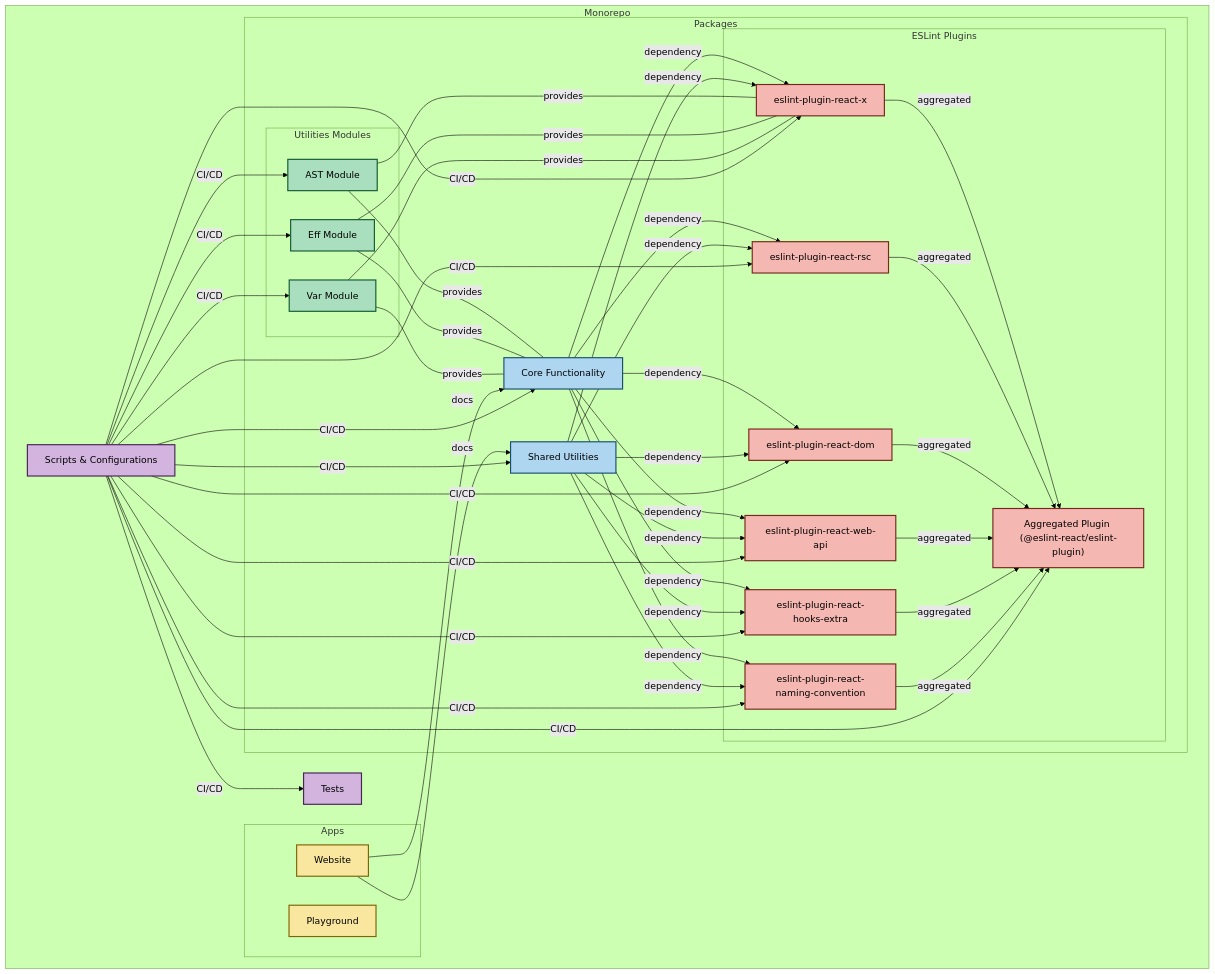
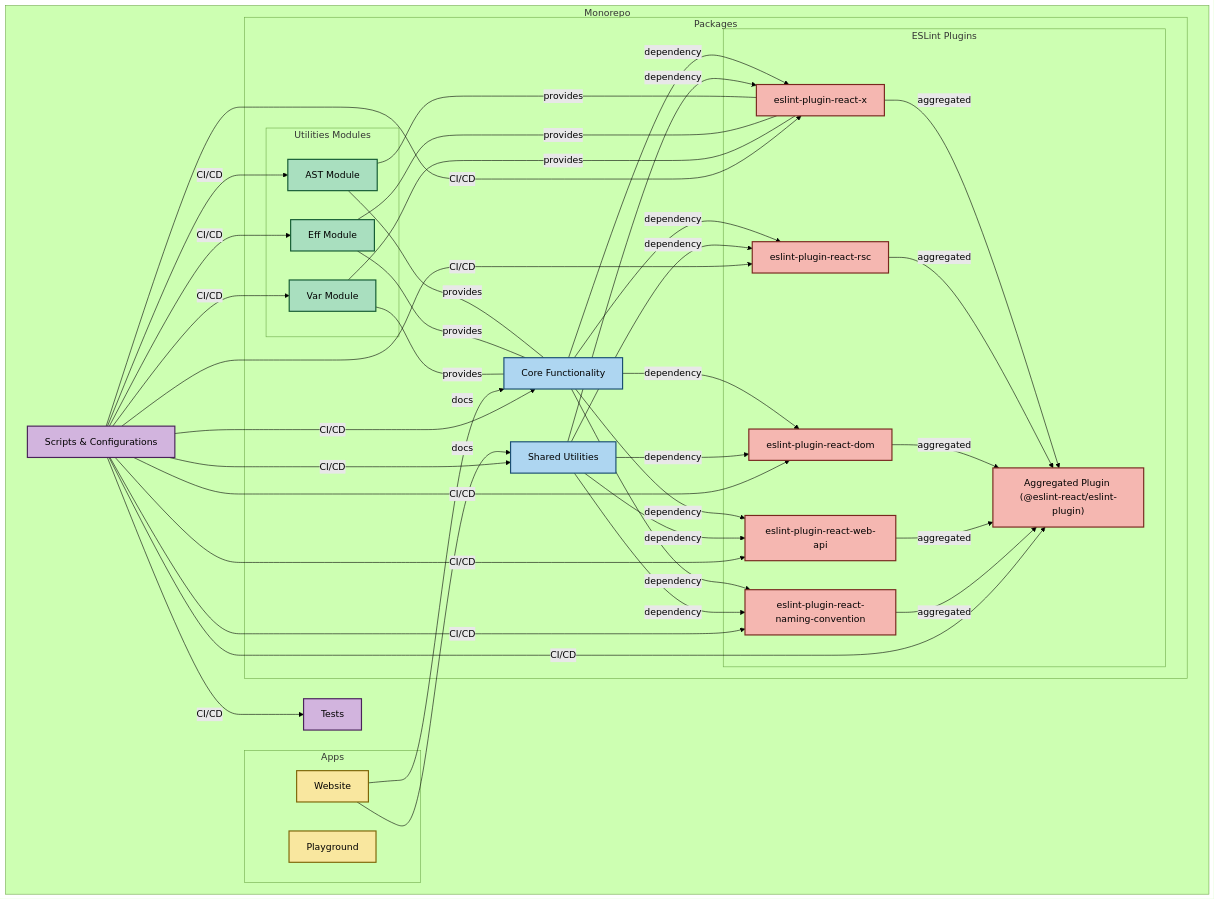
Before and after one commit to Rel1cx/eslint-react: the diagram in apps/website/content/docs/contributing.mdx, drawn with Mermaid (forest theme). The commit also changed other lines of this file and 176 other files, not shown here.

```diff
--- a/apps/website/content/docs/contributing.mdx
+++ b/apps/website/content/docs/contributing.mdx
@@ -38,7 +38,6 @@
                 RSC["eslint-plugin-react-rsc"]:::plugins
                 DOM["eslint-plugin-react-dom"]:::plugins
                 WebAPI["eslint-plugin-react-web-api"]:::plugins
-                HooksExtra["eslint-plugin-react-hooks-extra"]:::plugins
                 NamingConvention["eslint-plugin-react-naming-convention"]:::plugins
                 Aggregated["Aggregated Plugin (@eslint-react/eslint-plugin)"]:::plugins
             end
@@ -57,14 +56,14 @@
     Core -->|"dependency"| RSC
     Core -->|"dependency"| DOM
     Core -->|"dependency"| WebAPI
-    Core -->|"dependency"| HooksExtra
+
     Core -->|"dependency"| NamingConvention
 
     Shared -->|"dependency"| X
     Shared -->|"dependency"| RSC
     Shared -->|"dependency"| DOM
     Shared -->|"dependency"| WebAPI
-    Shared -->|"dependency"| HooksExtra
+
     Shared -->|"dependency"| NamingConvention
 
     %% Utilities used by Core and Plugins
@@ -81,7 +80,7 @@
     RSC -->|"aggregated"| Aggregated
     DOM -->|"aggregated"| Aggregated
     WebAPI -->|"aggregated"| Aggregated
-    HooksExtra -->|"aggregated"| Aggregated
+
     NamingConvention -->|"aggregated"| Aggregated
 
     %% Website Documentation uses Core and Shared docs
@@ -98,7 +97,7 @@
     Scripts -->|"CI/CD"| RSC
     Scripts -->|"CI/CD"| DOM
     Scripts -->|"CI/CD"| WebAPI
-    Scripts -->|"CI/CD"| HooksExtra
+
     Scripts -->|"CI/CD"| NamingConvention
     Scripts -->|"CI/CD"| Aggregated
     Scripts -->|"CI/CD"| Tests
@@ -114,7 +113,6 @@
     click X "https://github.com/rel1cx/eslint-react/tree/main/packages/plugins/eslint-plugin-react-x"
     click DOM "https://github.com/rel1cx/eslint-react/tree/main/packages/plugins/eslint-plugin-react-dom"
     click WebAPI "https://github.com/rel1cx/eslint-react/tree/main/packages/plugins/eslint-plugin-react-web-api"
-    click HooksExtra "https://github.com/rel1cx/eslint-react/tree/main/packages/plugins/eslint-plugin-react-hooks-extra"
     click NamingConvention "https://github.com/rel1cx/eslint-react/tree/main/packages/plugins/eslint-plugin-react-naming-convention"
     click Aggregated "https://github.com/rel1cx/eslint-react/tree/main/packages/plugins/eslint-plugin"
     click Scripts "https://github.com/rel1cx/eslint-react/tree/main/scripts"
```
